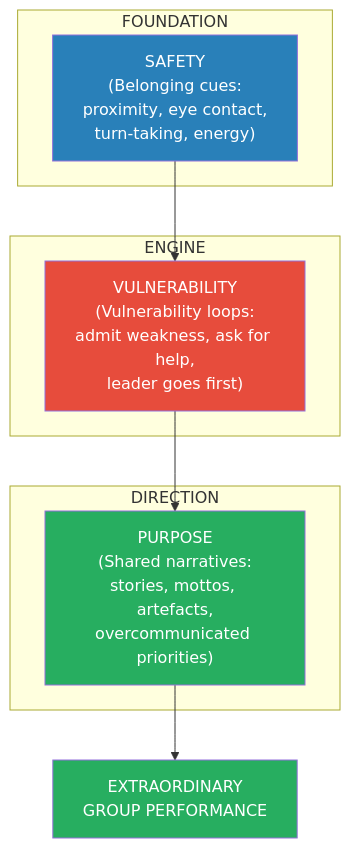
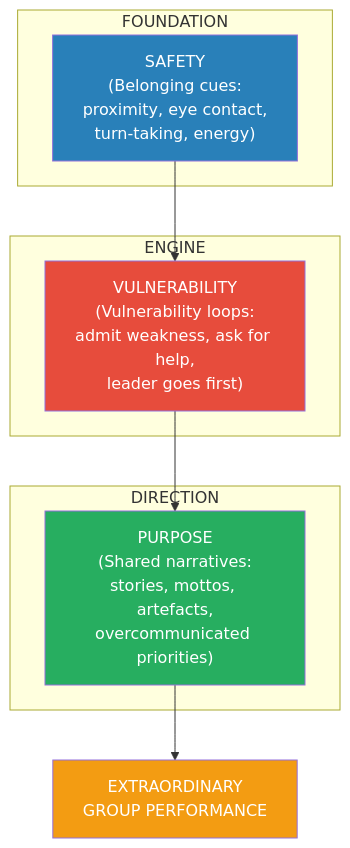
The sixth of 6 diagrams in summaries/Leadership & Management/The Culture Code - Daniel Coyle.md (alius33/reader), drawn with Mermaid before and after one commit. The commit also changed other lines of this file and 272 other files, not shown here.

````diff
--- a/summaries/Leadership & Management/The Culture Code - Daniel Coyle.md
+++ b/summaries/Leadership & Management/The Culture Code - Daniel Coyle.md
@@ -226,18 +839,18 @@
 ```mermaid
 flowchart TD
     subgraph foundation ["FOUNDATION"]
-        S["SAFETY\n(Belonging cues:\nproximity, eye contact,\nturn-taking, energy)"]
+        S["SAFETY<br>(Belonging cues:<br>proximity, eye contact,<br>turn-taking, energy)"]
     end
     subgraph engine ["ENGINE"]
-        V["VULNERABILITY\n(Vulnerability loops:\nadmit weakness, ask for help,\nleader goes first)"]
+        V["VULNERABILITY<br>(Vulnerability loops:<br>admit weakness, ask for help,<br>leader goes first)"]
     end
     subgraph direction ["DIRECTION"]
-        P["PURPOSE\n(Shared narratives:\nstories, mottos, artefacts,\novercommunicated priorities)"]
+        P["PURPOSE<br>(Shared narratives:<br>stories, mottos, artefacts,<br>overcommunicated priorities)"]
     end
     S --> V --> P
-    P --> R["EXTRAORDINARY\nGROUP PERFORMANCE"]
+    P --> R["EXTRAORDINARY<br>GROUP PERFORMANCE"]
     style S fill:#2980b9,color:#fff
     style V fill:#e74c3c,color:#fff
     style P fill:#27ae60,color:#fff
-    style R fill:#27ae60,color:#fff
+    style R fill:#f39c12,color:#fff
 ```
````
